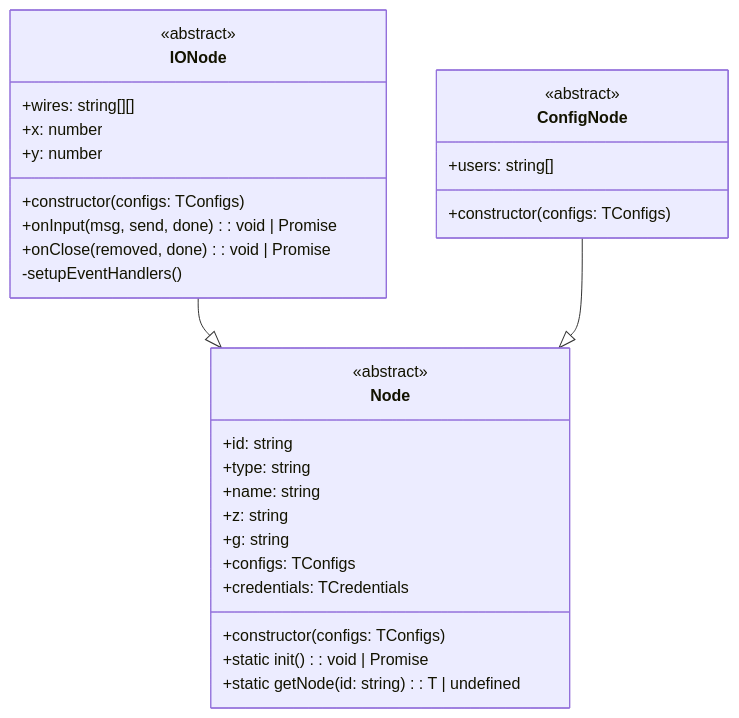
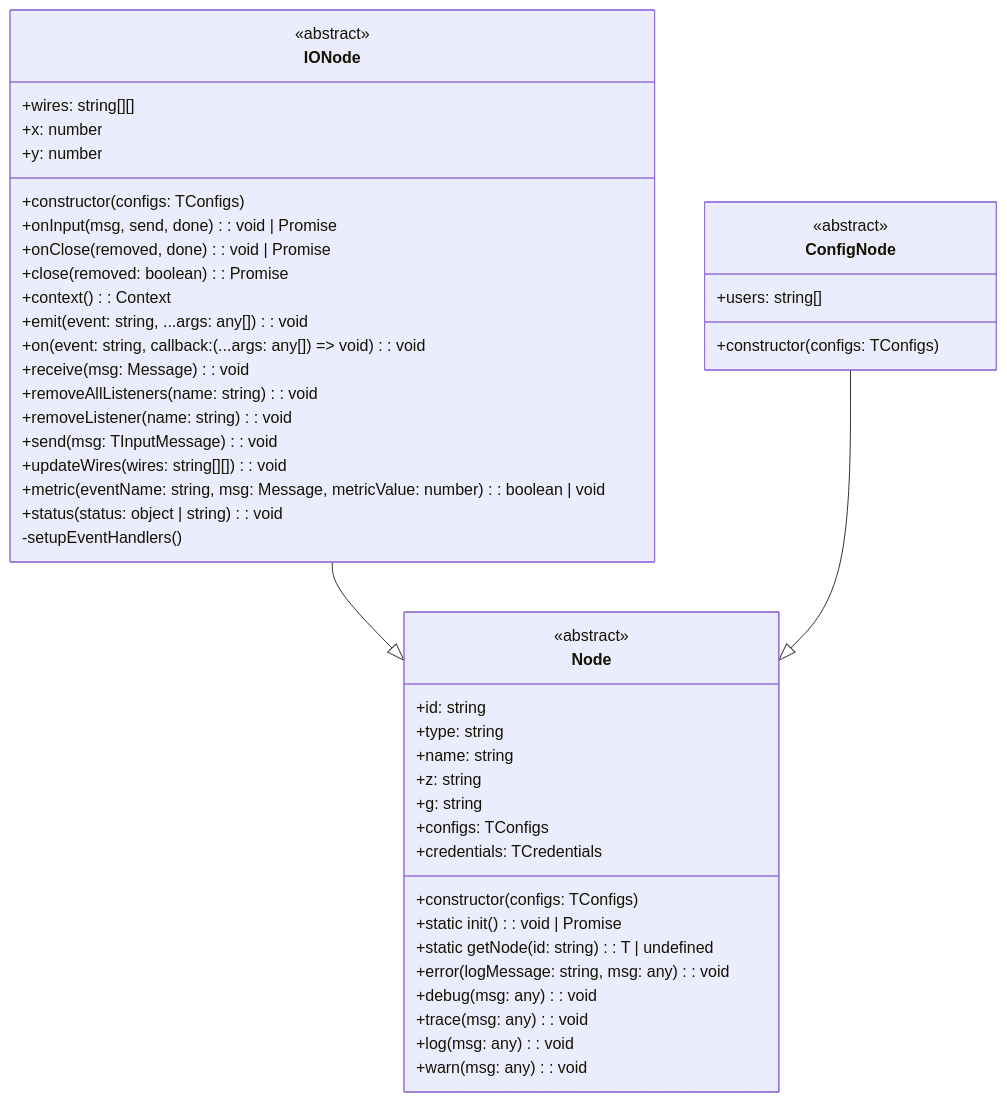
The diagram in README.md (AllanOricil/node-red-vue-template), drawn with Mermaid before and after one commit.

Commit message:
chore: update mermaid class diagram with the functions from the module augumentations for IONode and Node classes

````diff
--- a/README.md
+++ b/README.md
@@ -23,41 +23,52 @@
 ```mermaid
 classDiagram
-
-%% Base class
 class Node {
   <<abstract>>
   +id: string
   +type: string
   +name: string
   +z: string
   +g: string
   +configs: TConfigs
   +credentials: TCredentials
   +constructor(configs: TConfigs)
   +static init(): void | Promise<void>
   +static getNode<T>(id: string): T | undefined
+  +error(logMessage: string, msg: any): void
+  +debug(msg: any): void
+  +trace(msg: any): void
+  +log(msg: any): void
+  +warn(msg: any): void
 }
 
-%% Inheriting class: IONode
 class IONode {
   <<abstract>>
   +wires: string[][]
   +x: number
   +y: number
   +constructor(configs: TConfigs)
   +onInput(msg, send, done): void | Promise<void>
   +onClose(removed, done): void | Promise<void>
+  +close(removed: boolean): Promise<void>
+  +context(): Context
+  +emit(event: string, ...args: any[]): void
+  +on(event: string, callback: (...args: any[]) => void): void
+  +receive(msg: Message): void
+  +removeAllListeners(name: string): void
+  +removeListener(name: string): void
+  +send(msg: TInputMessage): void
+  +updateWires(wires: string[][]): void
+  +metric(eventName: string, msg: Message, metricValue: number): boolean | void
+  +status(status: object | string): void
   -setupEventHandlers()
 }
 
-%% Inheriting class: ConfigNode
 class ConfigNode {
   <<abstract>>
   +users: string[]
   +constructor(configs: TConfigs)
 }
 
-%% Relationships
 IONode --|> Node
 ConfigNode --|> Node
 ```
````
